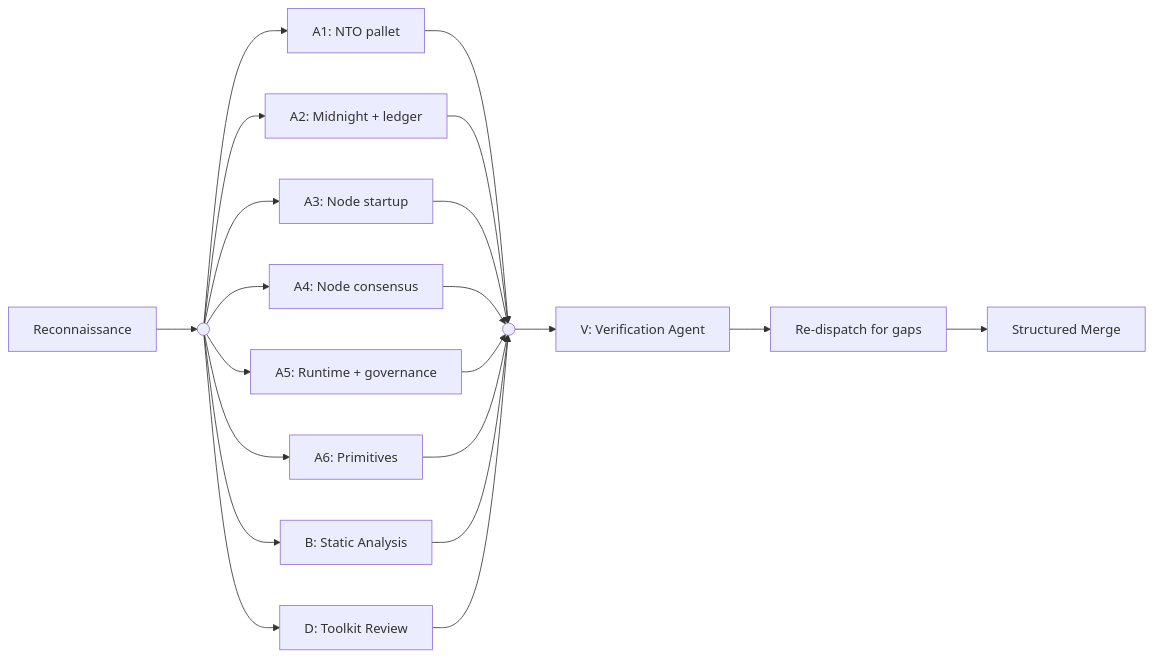
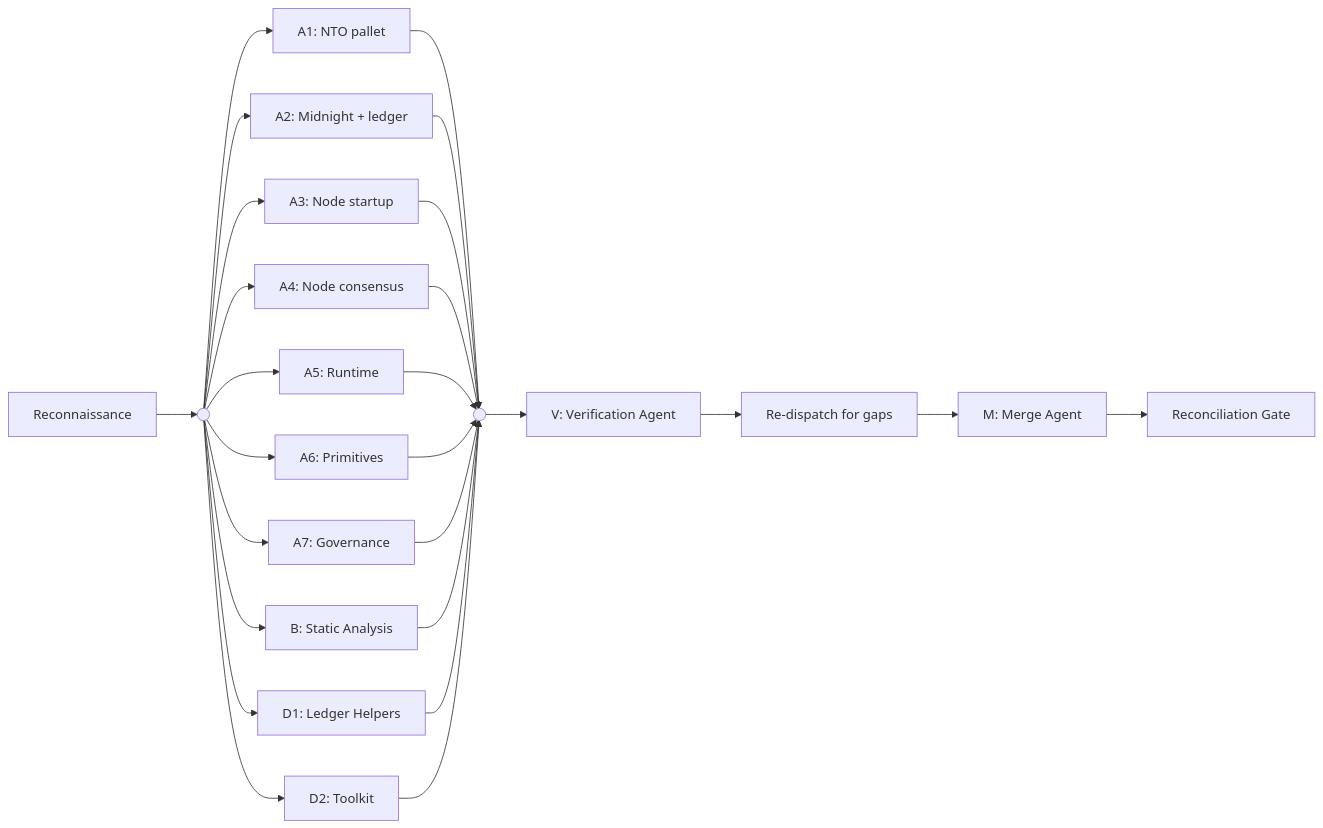
The second of 6 diagrams in substrate-node-security-audit/README.md (m2ux/workflow-server), drawn with Mermaid before and after one commit. The commit also changed other lines of this file, not shown here.

````diff
--- a/substrate-node-security-audit/README.md
+++ b/substrate-node-security-audit/README.md
@@ -94,26 +96,31 @@
 ```mermaid
 graph LR
     REC[Reconnaissance] --> FORK(( ))
 
     FORK --> A1["A1: NTO pallet"]
     FORK --> A2["A2: Midnight + ledger"]
     FORK --> A3["A3: Node startup"]
     FORK --> A4["A4: Node consensus"]
-    FORK --> A5["A5: Runtime + governance"]
+    FORK --> A5["A5: Runtime"]
     FORK --> A6["A6: Primitives"]
+    FORK --> A7["A7: Governance"]
     FORK --> B["B: Static Analysis"]
-    FORK --> D["D: Toolkit Review"]
+    FORK --> D1["D1: Ledger Helpers"]
+    FORK --> D2["D2: Toolkit"]
 
     A1 --> JOIN(( ))
     A2 --> JOIN
     A3 --> JOIN
     A4 --> JOIN
     A5 --> JOIN
     A6 --> JOIN
+    A7 --> JOIN
     B --> JOIN
-    D --> JOIN
+    D1 --> JOIN
+    D2 --> JOIN
 
     JOIN --> V["V: Verification Agent"]
     V --> REDISPATCH["Re-dispatch for gaps"]
-    REDISPATCH --> MERGE["Structured Merge"]
+    REDISPATCH --> M["M: Merge Agent"]
+    M --> RECONCILE["Reconciliation Gate"]
 ```
````
